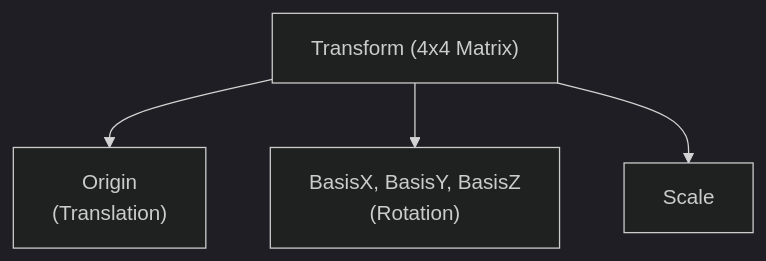
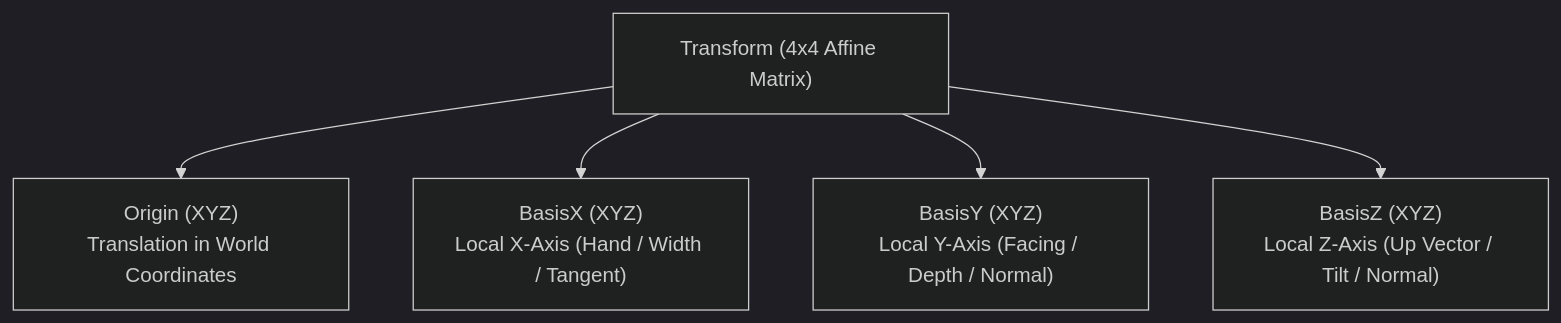
One commit to Mustafa-TOMMY/CommandSamplesRevitApiVer2025 changed the first of 6 diagrams in RevitApiSamples/Samples/Transform/Transform.md. Above: the diagram before and after it, drawn with Mermaid (dark theme). The commit also changed other lines of this file and 2 other files, not shown here.

Commit message:
docs: rewrite Transform.md and System_vs_Loadable_Families_Comparison.md based on Revit 3D Spatial Vector & Family Placement Architecture

````diff
--- a/RevitApiSamples/Samples/Transform/Transform.md
+++ b/RevitApiSamples/Samples/Transform/Transform.md
@@ -7,7 +7,8 @@
 ```mermaid
 graph TD
-    T["Transform (4x4 Matrix)"]
-    T --> O["Origin<br/>(Translation)"]
-    T --> R["BasisX, BasisY, BasisZ<br/>(Rotation)"]
-    T --> S["Scale"]
+    T["Transform (4x4 Affine Matrix)"]
+    T --> O["Origin (XYZ)<br/>Translation in World Coordinates"]
+    T --> BX["BasisX (XYZ)<br/>Local X-Axis (Hand / Width / Tangent)"]
+    T --> BY["BasisY (XYZ)<br/>Local Y-Axis (Facing / Depth / Normal)"]
+    T --> BZ["BasisZ (XYZ)<br/>Local Z-Axis (Up Vector / Tilt / Normal)"]
 ```
````
